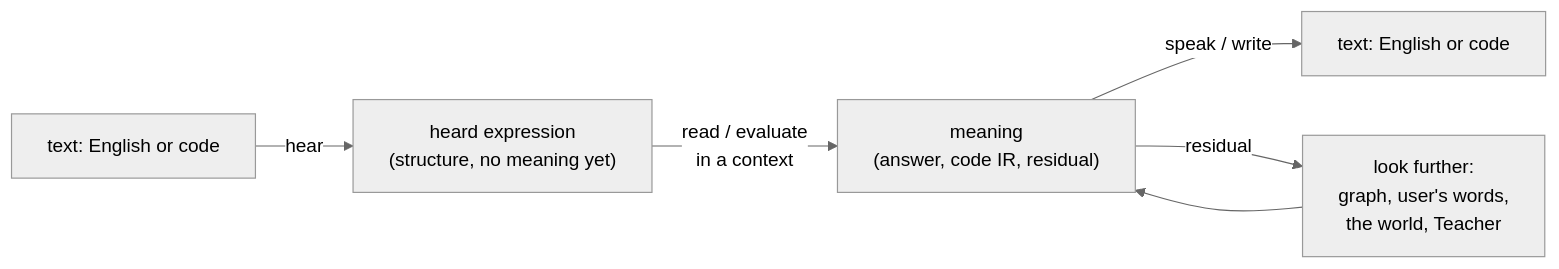
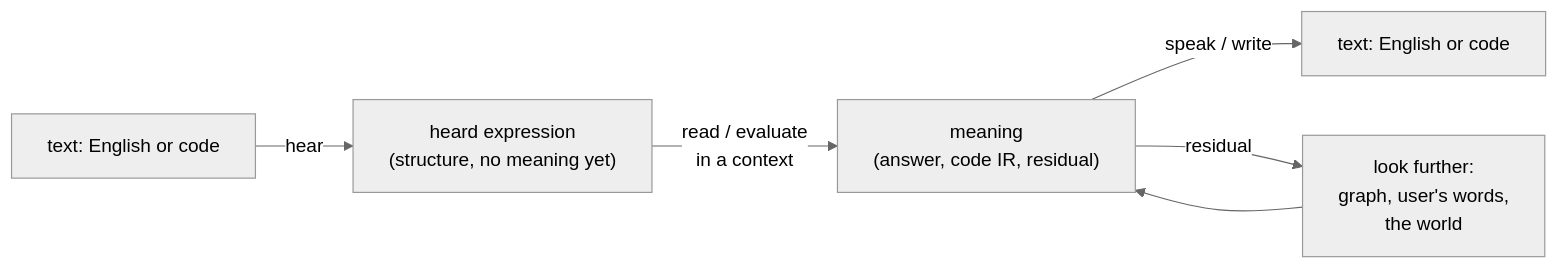
One commit to KealJones/napkin changed the first of 4 diagrams in .agents/planning/2026-09-16-concept-ai-system/design/ir-guide.md. Above: the diagram before and after it, drawn with Mermaid (neutral theme). The commit also changed other lines of this file and 125 other files, not shown here.

````diff
--- a/.agents/planning/2026-09-16-concept-ai-system/design/ir-guide.md
+++ b/.agents/planning/2026-09-16-concept-ai-system/design/ir-guide.md
@@ -19,8 +19,8 @@
 ```mermaid
 flowchart LR
   T["text: English or code"] -->|hear| H["heard expression<br/>(structure, no meaning yet)"]
   H -->|read / evaluate<br/>in a context| M["meaning<br/>(answer, code IR, residual)"]
   M -->|speak / write| O["text: English or code"]
-  M -->|residual| L["look further:<br/>graph, user's words,<br/>the world, Teacher"]
+  M -->|residual| L["look further:<br/>graph, user's words,<br/>the world"]
   L --> M
 ```
````
